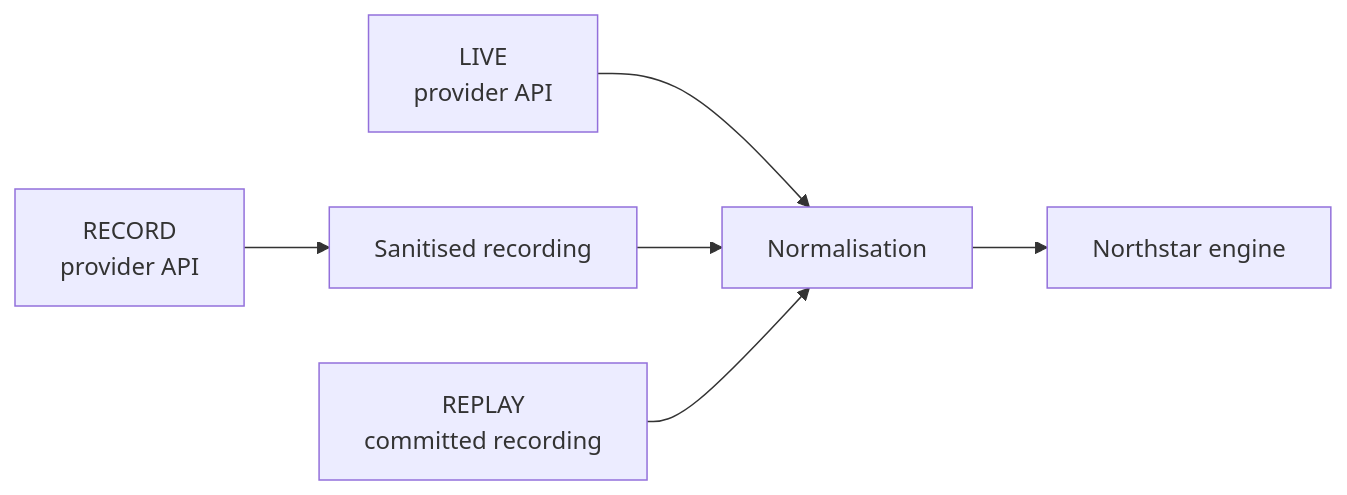
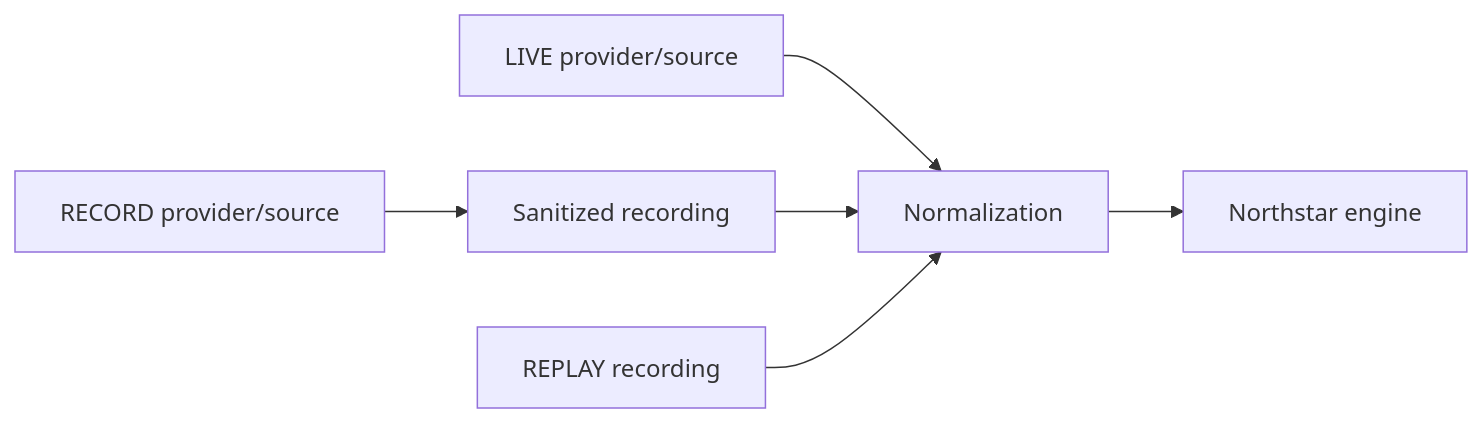
The third of 3 diagrams in README.md (dropandresetmain-prog/qoder-atlas), drawn with Mermaid before and after one commit. The commit also changed other lines of this file and 8 other files, not shown here.

````diff
--- a/README.md
+++ b/README.md
@@ -148,8 +145,7 @@
 ```mermaid
 flowchart LR
-  L1["LIVE<br/>provider API"] --> N["Normalisation"]
-  R1["RECORD<br/>provider API"] --> R2["Sanitised recording"]
-  R2 --> N
-  P1["REPLAY<br/>committed recording"] --> N
+  L["LIVE provider/source"] --> N["Normalization"]
+  R["RECORD provider/source"] --> SR["Sanitized recording"] --> N
+  P["REPLAY recording"] --> N
   N --> ENG["Northstar engine"]
 ```
````
